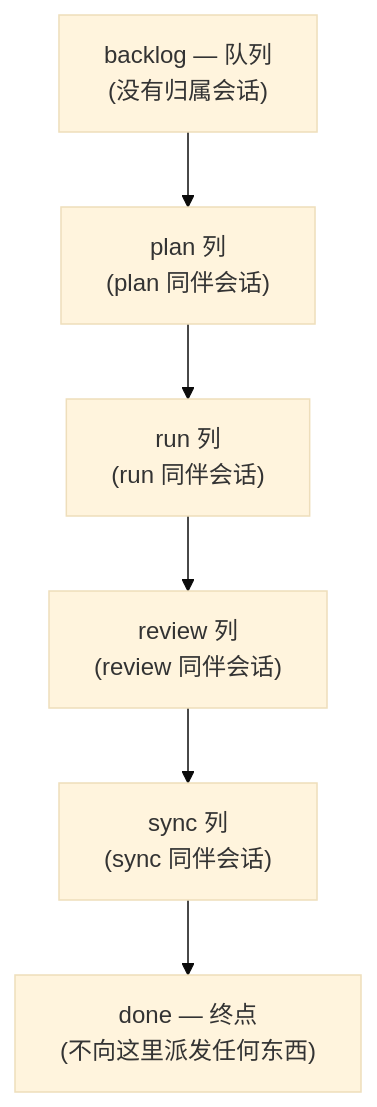
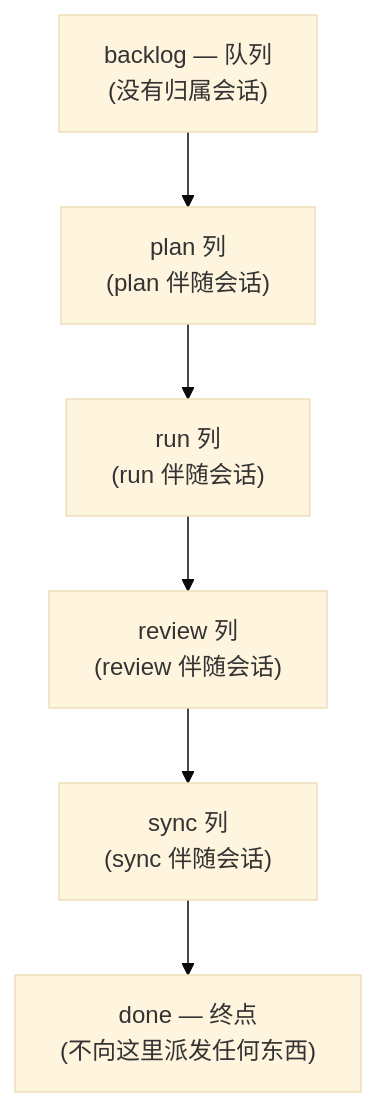
The first of 2 diagrams in docs-site/content/zh/core-concepts/kanban-board-terms.md (modu-ai/moai-adk), drawn with Mermaid (base theme) before and after one commit. The commit also changed other lines of this file and 1 other file, not shown here.

````diff
--- a/docs-site/content/zh/core-concepts/kanban-board-terms.md
+++ b/docs-site/content/zh/core-concepts/kanban-board-terms.md
@@ -17,10 +17,10 @@
 ```mermaid
 flowchart TD
     Backlog["backlog — 队列<br/>(没有归属会话)"]
-    Plan["plan 列<br/>(plan 同伴会话)"]
-    Run["run 列<br/>(run 同伴会话)"]
-    Review["review 列<br/>(review 同伴会话)"]
-    Sync["sync 列<br/>(sync 同伴会话)"]
+    Plan["plan 列<br/>(plan 伴随会话)"]
+    Run["run 列<br/>(run 伴随会话)"]
+    Review["review 列<br/>(review 伴随会话)"]
+    Sync["sync 列<br/>(sync 伴随会话)"]
     Done["done — 终点<br/>(不向这里派发任何东西)"]
     Backlog --> Plan --> Run --> Review --> Sync --> Done
 ```
````
